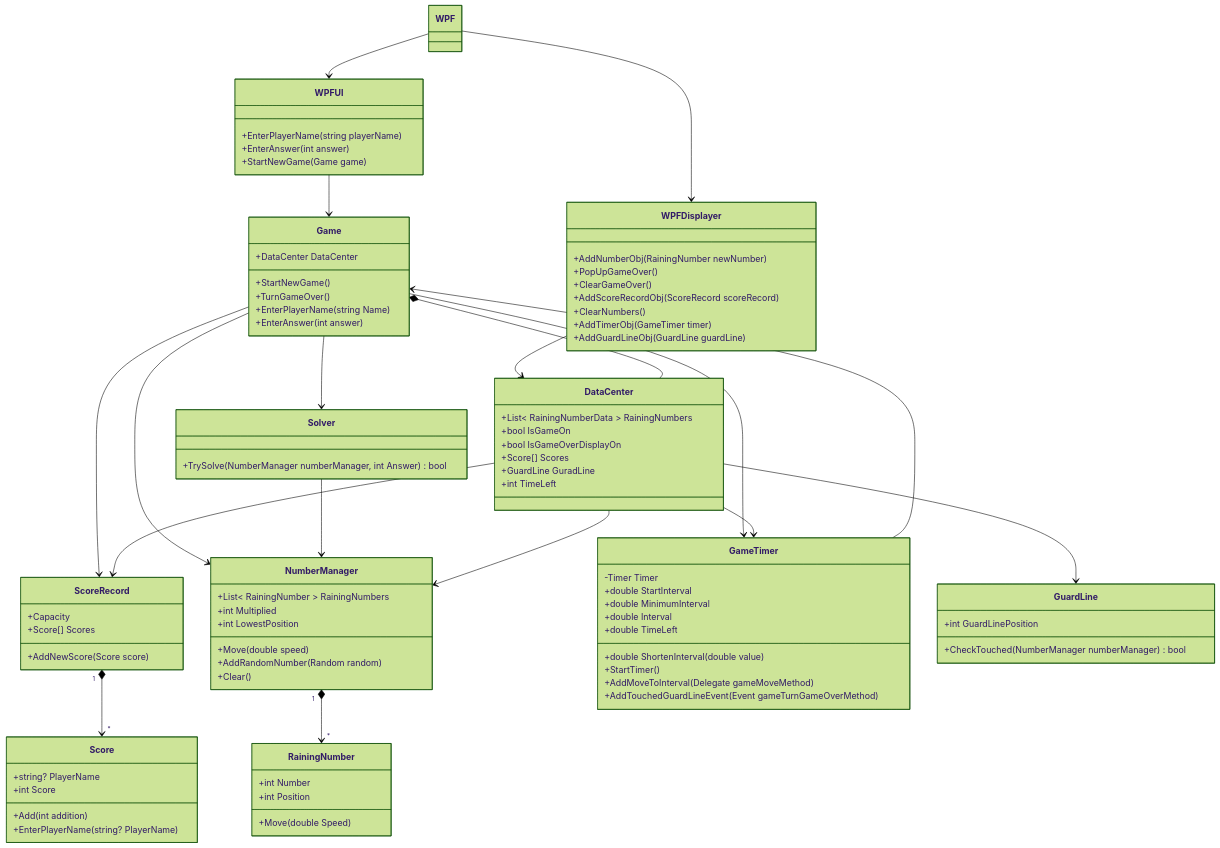
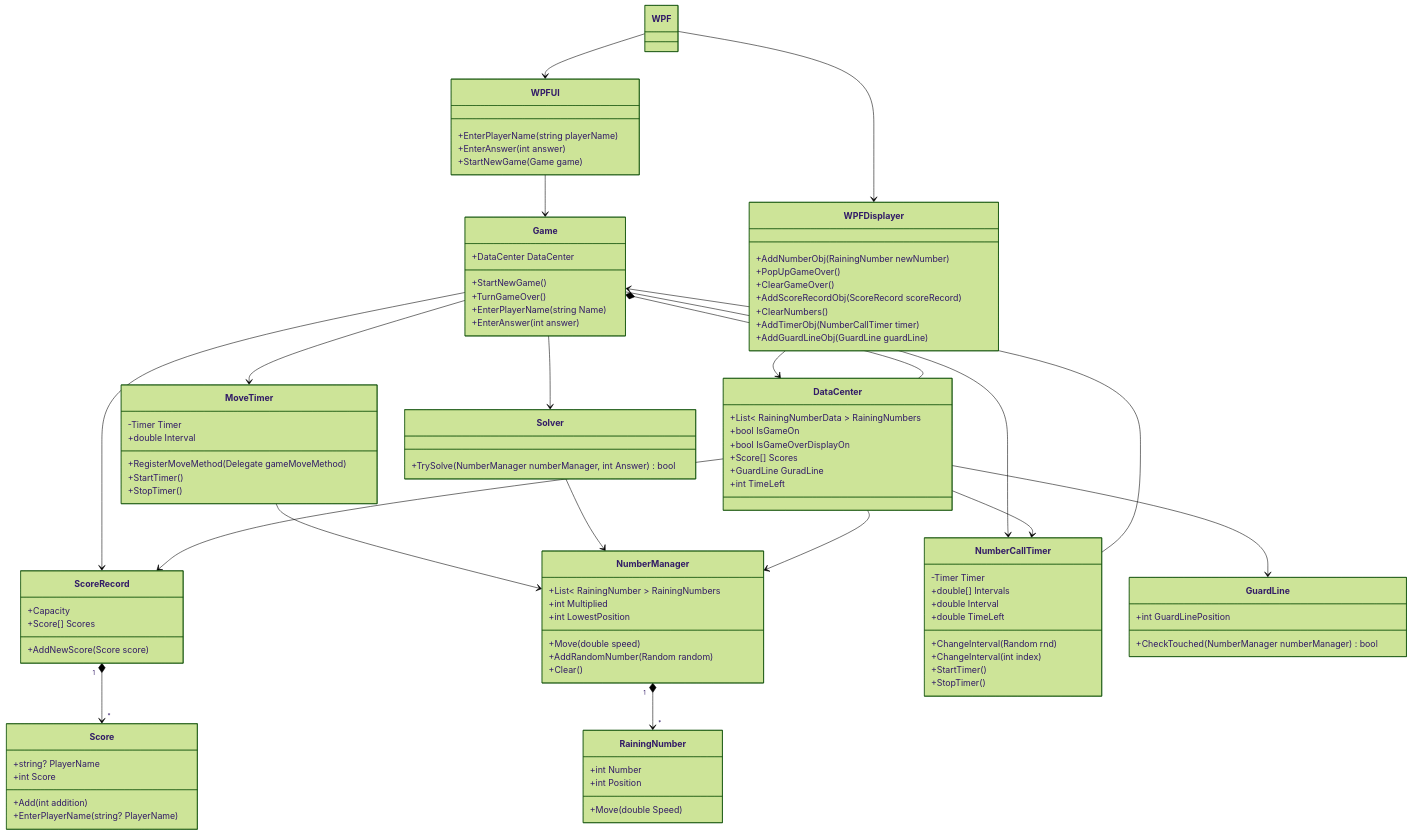
Before and after one commit to crimson206/ItsRainingNumbers: the diagram in UML/Design/ImplementacionClassDiagrams.md, drawn with Mermaid (forest theme). The commit also changed 1 other file, not shown here.

Commit message:
UML : added Sketch Entity Diagram

````diff
--- a/UML/Design/ImplementacionClassDiagrams.md
+++ b/UML/Design/ImplementacionClassDiagrams.md
@@ -47,17 +47,25 @@
 }
 
 
-class GameTimer{
+class MoveTimer{
     -Timer Timer
-    +double StartInterval
-    +double MinimumInterval
+    +RegisterMoveMethod(Delegate gameMoveMethod)
+    +double Interval
+    +StartTimer()
+    +StopTimer()
+}
+
+class NumberCallTimer{
+    -Timer Timer
+    +double[] Intervals
     +double Interval
     +double TimeLeft
-    +double ShortenInterval(double value)
+    +ChangeInterval(Random rnd)
+    +ChangeInterval(int index)
     +StartTimer()
-    +AddMoveToInterval(Delegate gameMoveMethod)
-    +AddTouchedGuardLineEvent(Event gameTurnGameOverMethod)
+    +StopTimer()
 }
+
 
 class GuardLine{
     +int GuardLinePosition
@@ -81,7 +89,7 @@
     +ClearGameOver()
     +AddScoreRecordObj(ScoreRecord scoreRecord)
     +ClearNumbers()
-    +AddTimerObj(GameTimer timer)
+    +AddTimerObj(NumberCallTimer timer)
     +AddGuardLineObj(GuardLine guardLine)
 }
 
@@ -90,17 +98,18 @@
 WPFUI --> Game
 WPFDisplayer --> DataCenter
 Game *-- DataCenter
-Game --> NumberManager
-Game --> GameTimer
-GameTimer --> Game
+Game --> NumberCallTimer
+NumberCallTimer --> Game
 Game --> ScoreRecord
 Game --> Solver
+Game --> MoveTimer
+MoveTimer --> NumberManager
 Solver --> NumberManager
 NumberManager "1" *--> "*" RainingNumber
 ScoreRecord "1" *--> "*" Score
 DataCenter --> GuardLine
 DataCenter --> ScoreRecord
-DataCenter --> GameTimer
+DataCenter --> NumberCallTimer
 DataCenter --> NumberManager
 
 ```
````
